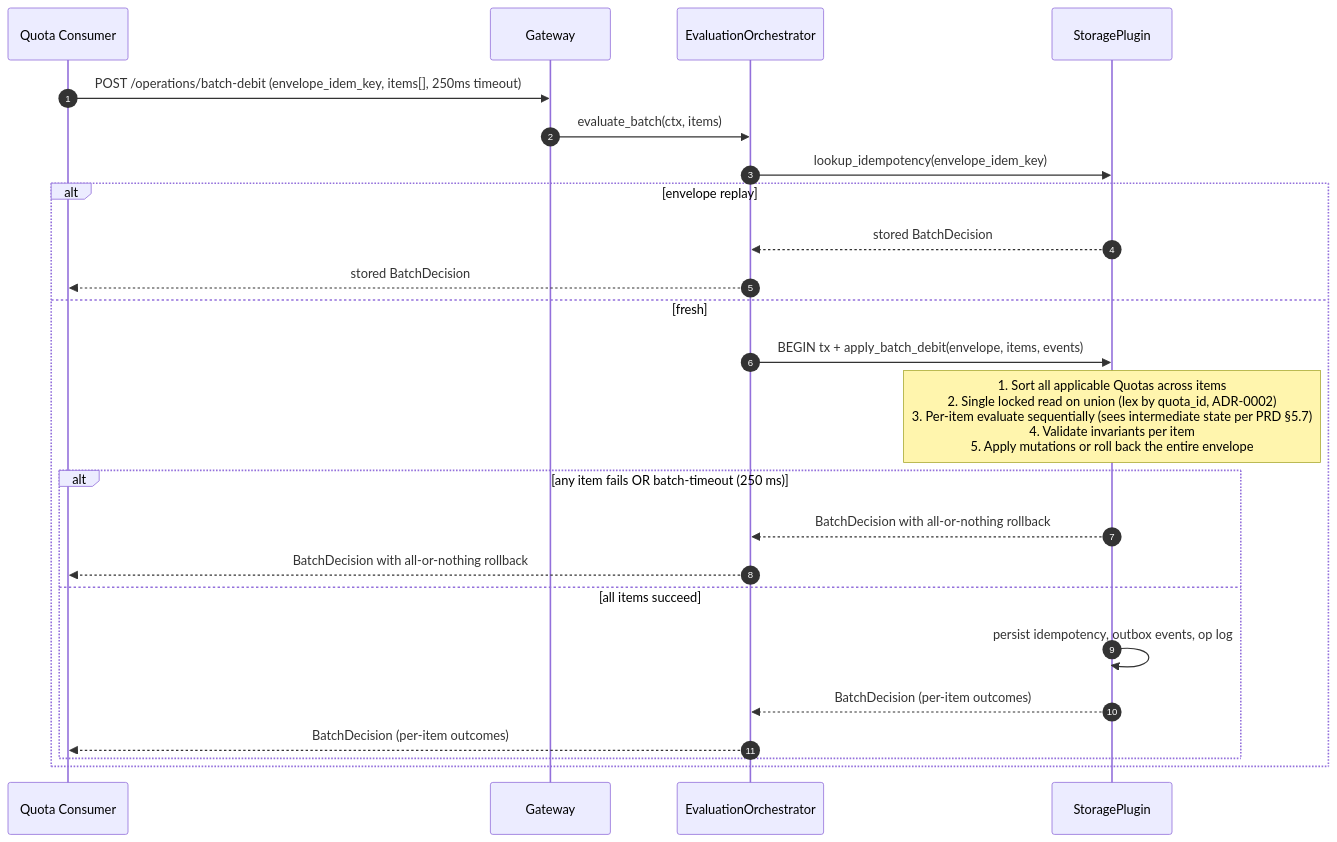
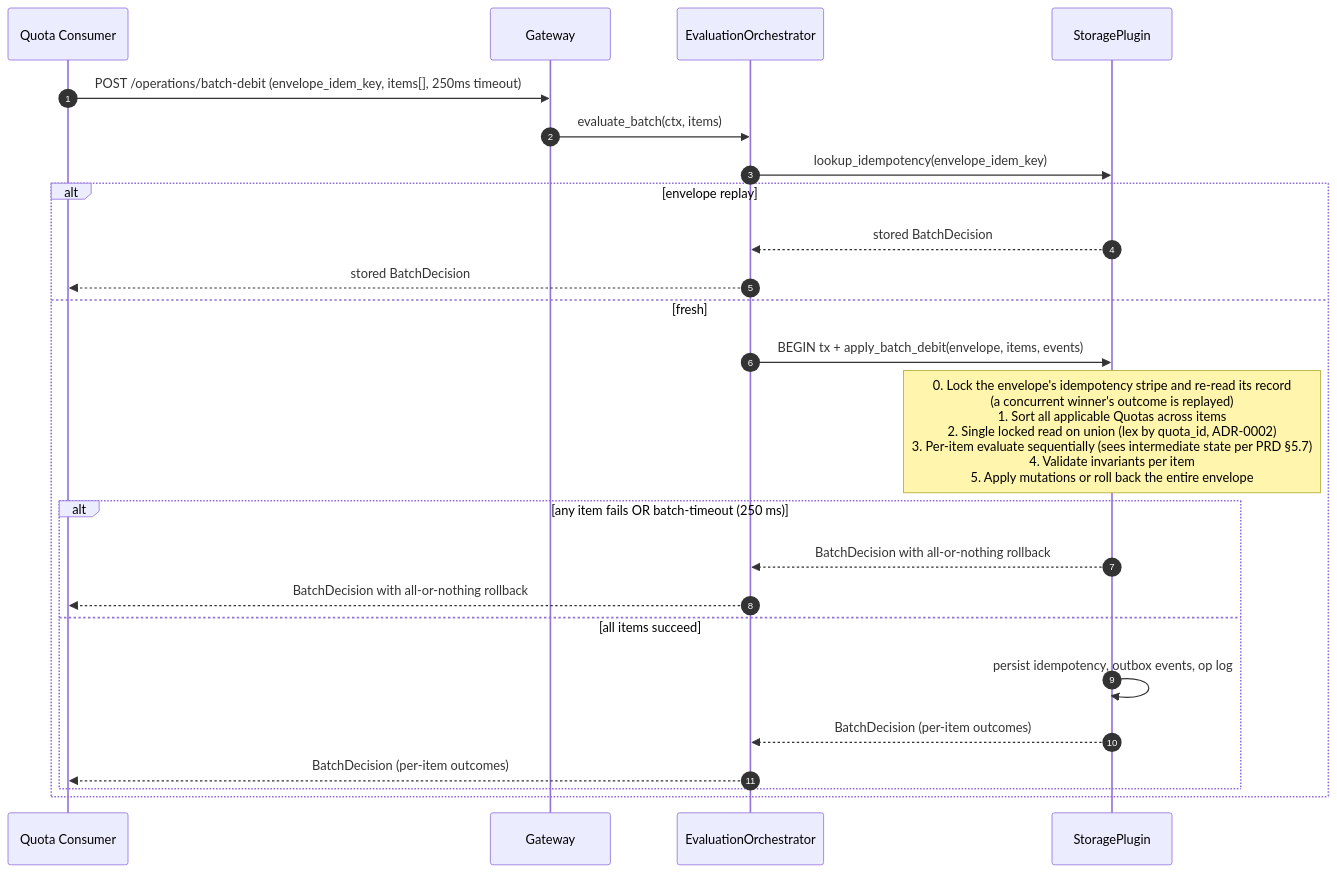
One commit to AndIConstructor/gears-rust changed the tenth of 17 diagrams in gears/system/quota-enforcement/docs/DESIGN.md. Above: the diagram before and after it, drawn with Mermaid. The commit also changed other lines of this file and 4 other files, not shown here.

Commit message:
docs(quota-enforcement): credit is a management-plane operation; idempotency re-check in the sequences

````diff
--- a/gears/system/quota-enforcement/docs/DESIGN.md
+++ b/gears/system/quota-enforcement/docs/DESIGN.md
@@ -1863,27 +1866,27 @@
 ```mermaid
 sequenceDiagram
     autonumber
     participant Caller as Quota Consumer
     participant GW as Gateway
     participant EO as EvaluationOrchestrator
     participant SP as StoragePlugin
 
     Caller ->> GW: POST /operations/batch-debit (envelope_idem_key, items[], 250ms timeout)
     GW ->> EO: evaluate_batch(ctx, items)
     EO ->> SP: lookup_idempotency(envelope_idem_key)
     alt envelope replay
         SP -->> EO: stored BatchDecision
         EO -->> Caller: stored BatchDecision
     else fresh
         EO ->> SP: BEGIN tx + apply_batch_debit(envelope, items, events)
-        Note over SP: 1. Sort all applicable Quotas across items<br/>2. Single locked read on union (lex by quota_id, ADR-0002)<br/>3. Per-item evaluate sequentially (sees intermediate state per PRD §5.7)<br/>4. Validate invariants per item<br/>5. Apply mutations or roll back the entire envelope
+        Note over SP: 0. Lock the envelope's idempotency stripe and re-read its record<br/>(a concurrent winner's outcome is replayed)<br/>1. Sort all applicable Quotas across items<br/>2. Single locked read on union (lex by quota_id, ADR-0002)<br/>3. Per-item evaluate sequentially (sees intermediate state per PRD §5.7)<br/>4. Validate invariants per item<br/>5. Apply mutations or roll back the entire envelope
         alt any item fails OR batch-timeout (250 ms)
             SP -->> EO: BatchDecision with all-or-nothing rollback
             EO -->> Caller: BatchDecision with all-or-nothing rollback
         else all items succeed
             SP ->> SP: persist idempotency, outbox events, op log
             SP -->> EO: BatchDecision (per-item outcomes)
             EO -->> Caller: BatchDecision (per-item outcomes)
         end
     end
 ```
````
